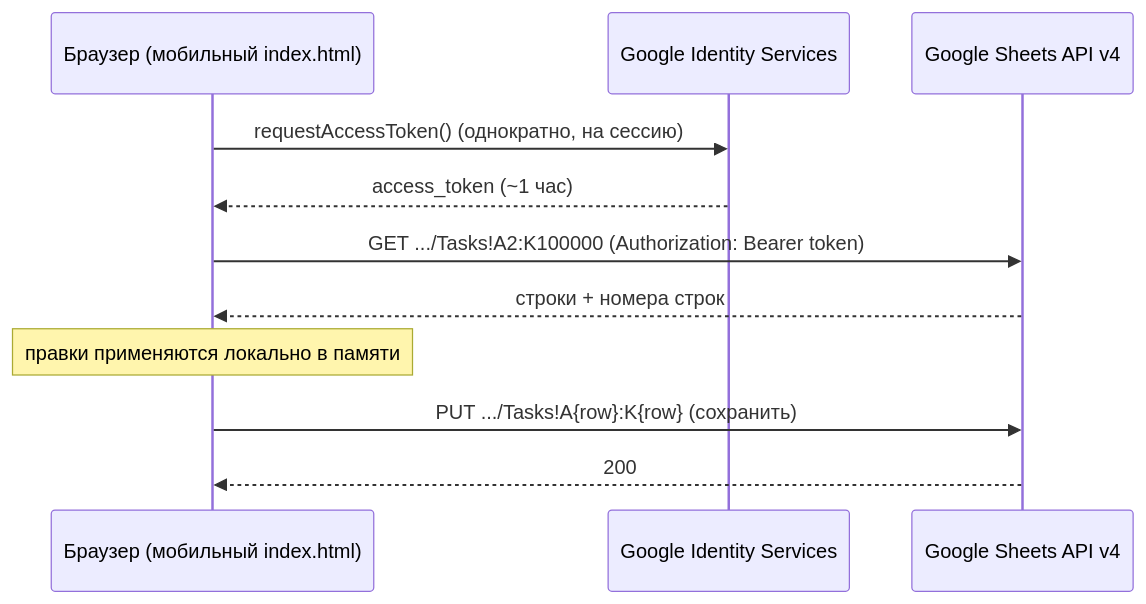
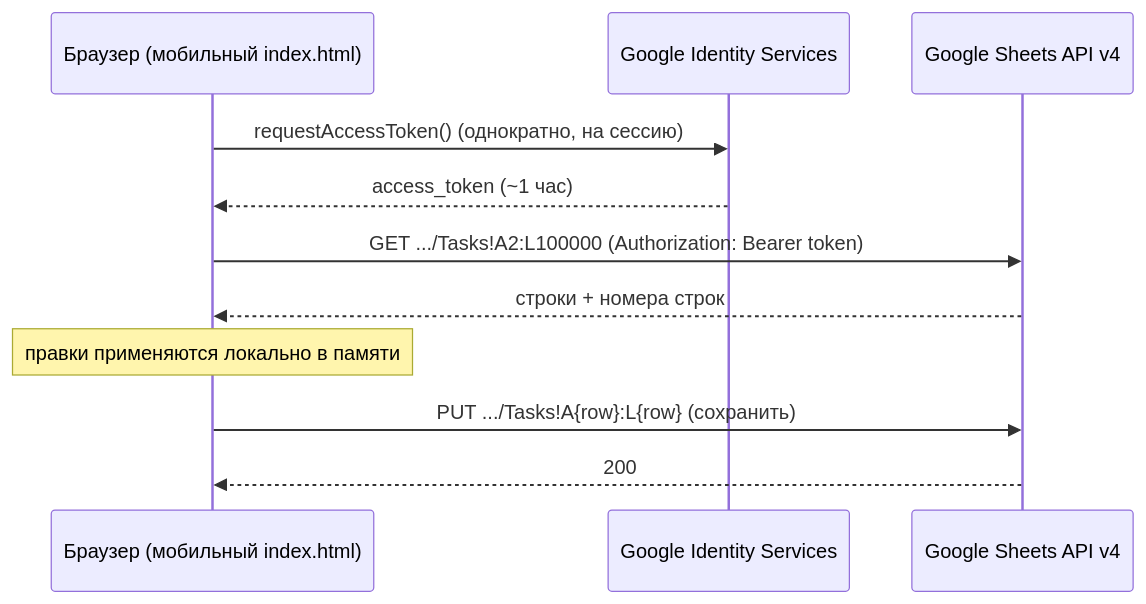
Before and after one commit to MrAgasferon/tasks: the third of 3 diagrams in TECHNICAL.md, drawn with Mermaid. The commit also changed other lines of this file and 1 other file, not shown here.

````diff
--- a/TECHNICAL.md
+++ b/TECHNICAL.md
@@ -308,14 +392,14 @@
 ```mermaid
 sequenceDiagram
     participant UI as Браузер (мобильный index.html)
     participant GIS as Google Identity Services
     participant GS as Google Sheets API v4
 
     UI->>GIS: requestAccessToken() (однократно, на сессию)
     GIS-->>UI: access_token (~1 час)
-    UI->>GS: GET .../Tasks!A2:K100000 (Authorization: Bearer token)
+    UI->>GS: GET .../Tasks!A2:L100000 (Authorization: Bearer token)
     GS-->>UI: строки + номера строк
     Note over UI: правки применяются локально в памяти
-    UI->>GS: PUT .../Tasks!A{row}:K{row} (сохранить)
+    UI->>GS: PUT .../Tasks!A{row}:L{row} (сохранить)
     GS-->>UI: 200
 ```
````
